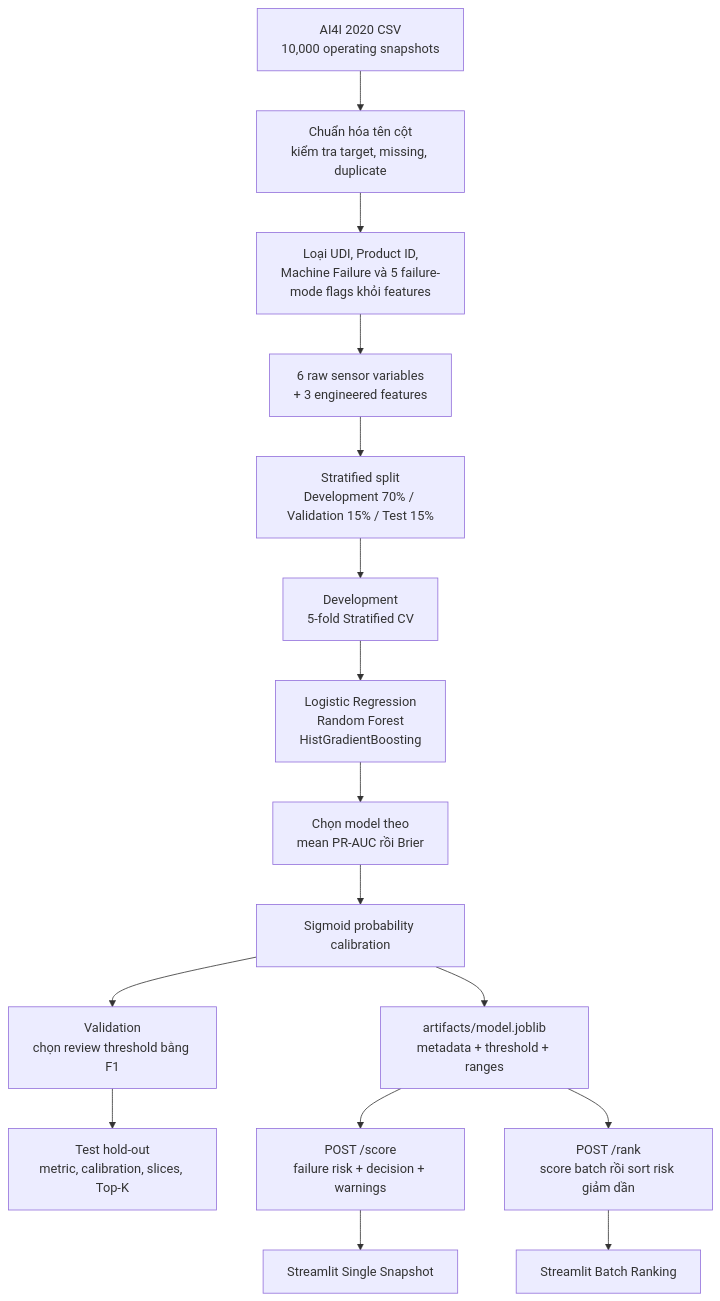
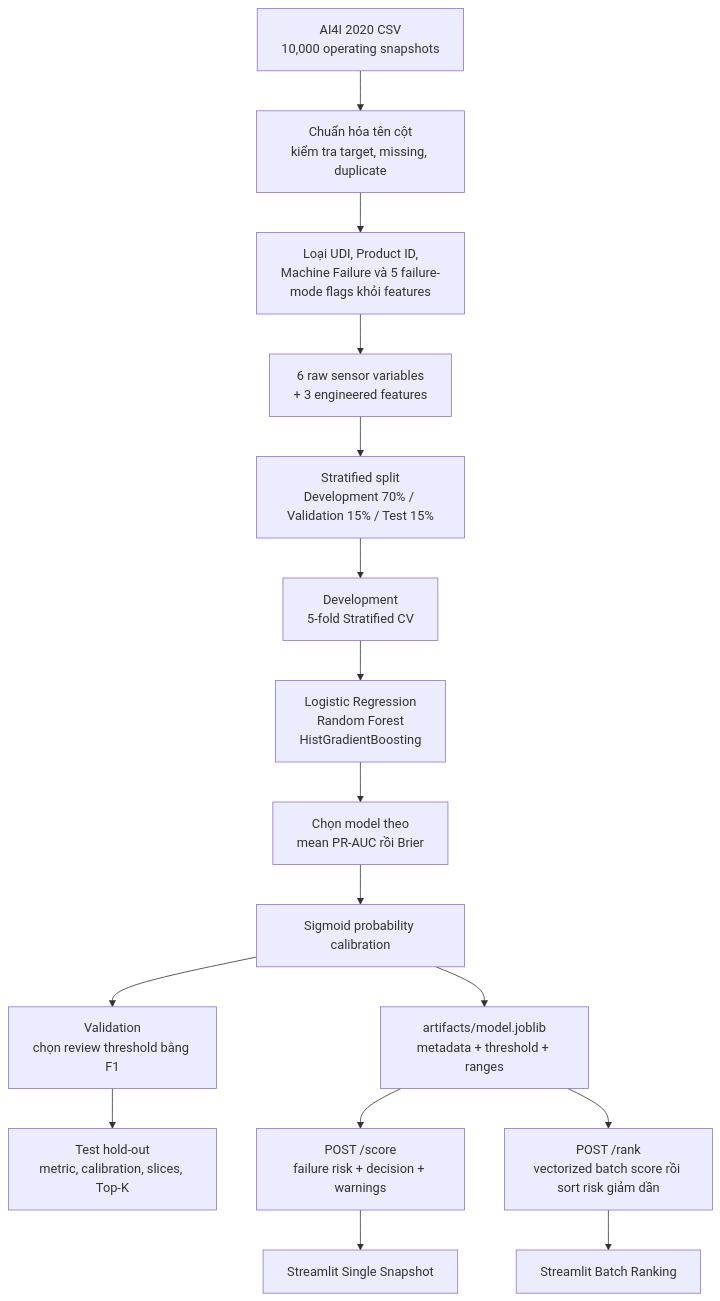
One commit to haminhthong/Ai4i-Predictive-Maintenance changed the diagram in README.md. Above: the diagram before and after it, drawn with Mermaid. The commit also changed other lines of this file and 39 other files, not shown here.

````diff
--- a/README.md
+++ b/README.md
@@ -71,18 +71,18 @@
 ```mermaid
 flowchart TD
     A[AI4I 2020 CSV<br/>10,000 operating snapshots] --> B[Chuẩn hóa tên cột<br/>kiểm tra target, missing, duplicate]
     B --> C[Loại UDI, Product ID,<br/>Machine Failure và 5 failure-mode flags khỏi features]
     C --> D[6 raw sensor variables<br/>+ 3 engineered features]
     D --> E[Stratified split<br/>Development 70% / Validation 15% / Test 15%]
     E --> F[Development<br/>5-fold Stratified CV]
     F --> G[Logistic Regression<br/>Random Forest<br/>HistGradientBoosting]
     G --> H[Chọn model theo<br/>mean PR-AUC rồi Brier]
     H --> I[Sigmoid probability calibration]
     I --> J[Validation<br/>chọn review threshold bằng F1]
     J --> K[Test hold-out<br/>metric, calibration, slices, Top-K]
     I --> L[artifacts/model.joblib<br/>metadata + threshold + ranges]
     L --> M[POST /score<br/>failure risk + decision + warnings]
-    L --> N[POST /rank<br/>score batch rồi sort risk giảm dần]
+    L --> N[POST /rank<br/>vectorized batch score rồi sort risk giảm dần]
     M --> O[Streamlit Single Snapshot]
     N --> P[Streamlit Batch Ranking]
 ```
````
